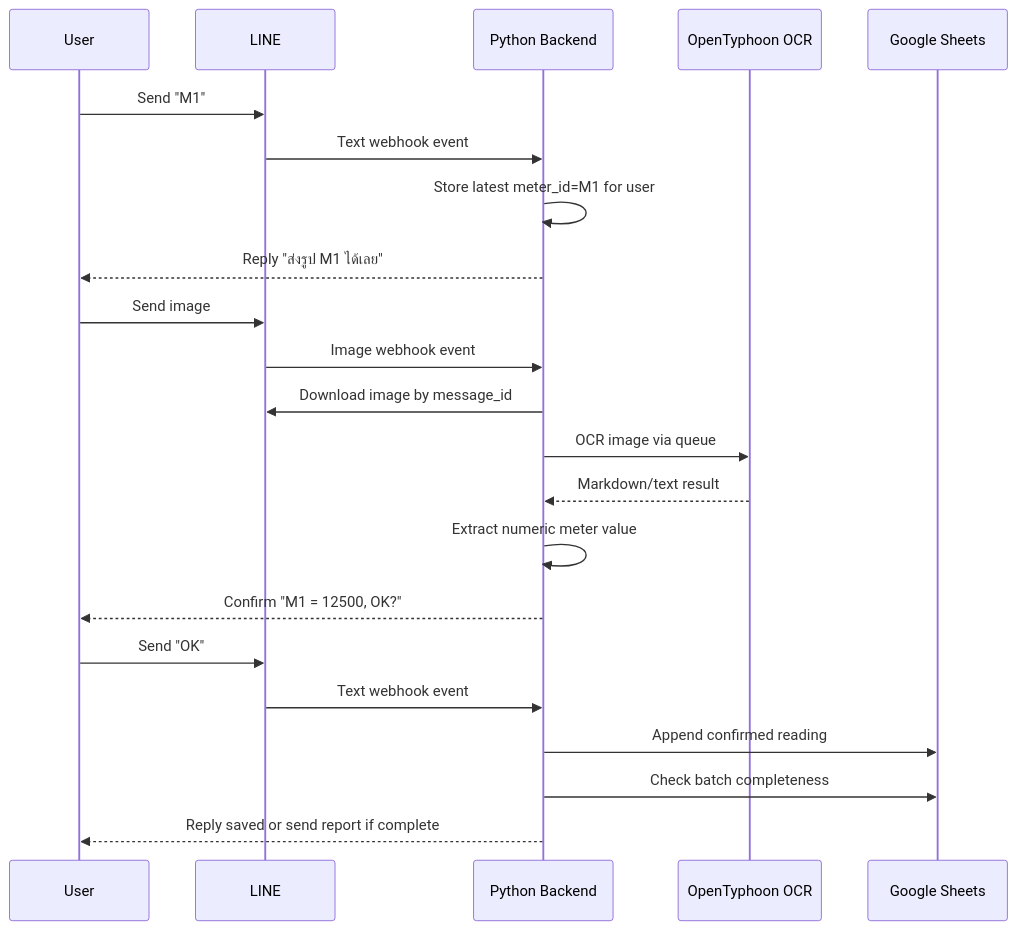
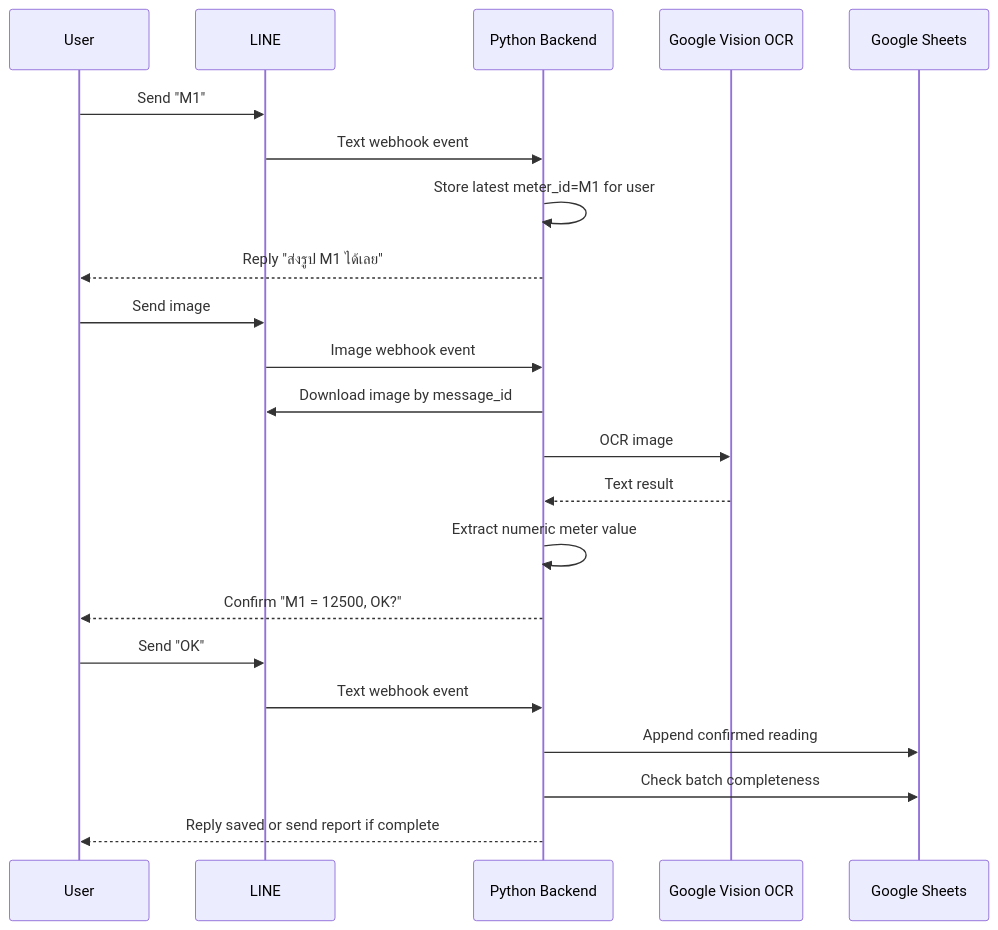
The second of 2 diagrams in docs/01-architecture.md (aphidach/ptop-automation), drawn with Mermaid before and after one commit. The commit also changed other lines of this file and 26 other files, not shown here.

Commit message:
feat: add MPR-45S detail image cropping to Google Vision OCR and implement batch summary history retrieval.

````diff
--- a/docs/01-architecture.md
+++ b/docs/01-architecture.md
@@ -52,27 +50,27 @@
 ```mermaid
 sequenceDiagram
     participant User
     participant LINE
     participant API as Python Backend
-    participant OCR as OpenTyphoon OCR
+    participant OCR as Google Vision OCR
     participant Sheet as Google Sheets
 
     User->>LINE: Send "M1"
     LINE->>API: Text webhook event
     API->>API: Store latest meter_id=M1 for user
     API-->>User: Reply "ส่งรูป M1 ได้เลย"
 
     User->>LINE: Send image
     LINE->>API: Image webhook event
     API->>LINE: Download image by message_id
-    API->>OCR: OCR image via queue
-    OCR-->>API: Markdown/text result
+    API->>OCR: OCR image
+    OCR-->>API: Text result
     API->>API: Extract numeric meter value
     API-->>User: Confirm "M1 = 12500, OK?"
 
     User->>LINE: Send "OK"
     LINE->>API: Text webhook event
     API->>Sheet: Append confirmed reading
     API->>Sheet: Check batch completeness
     API-->>User: Reply saved or send report if complete
 ```
````
